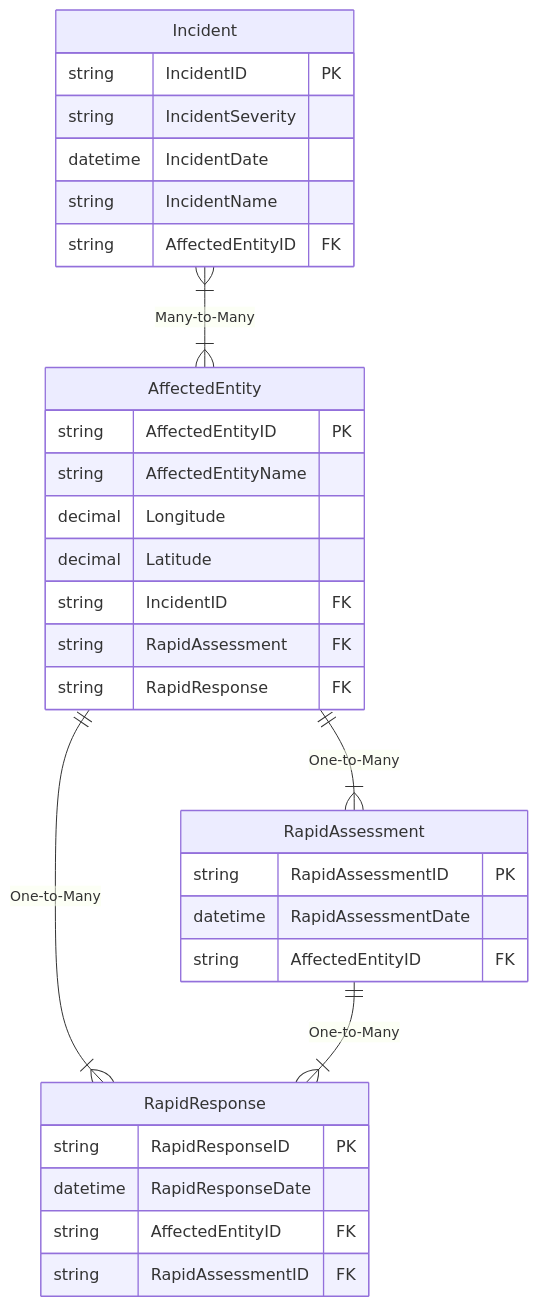
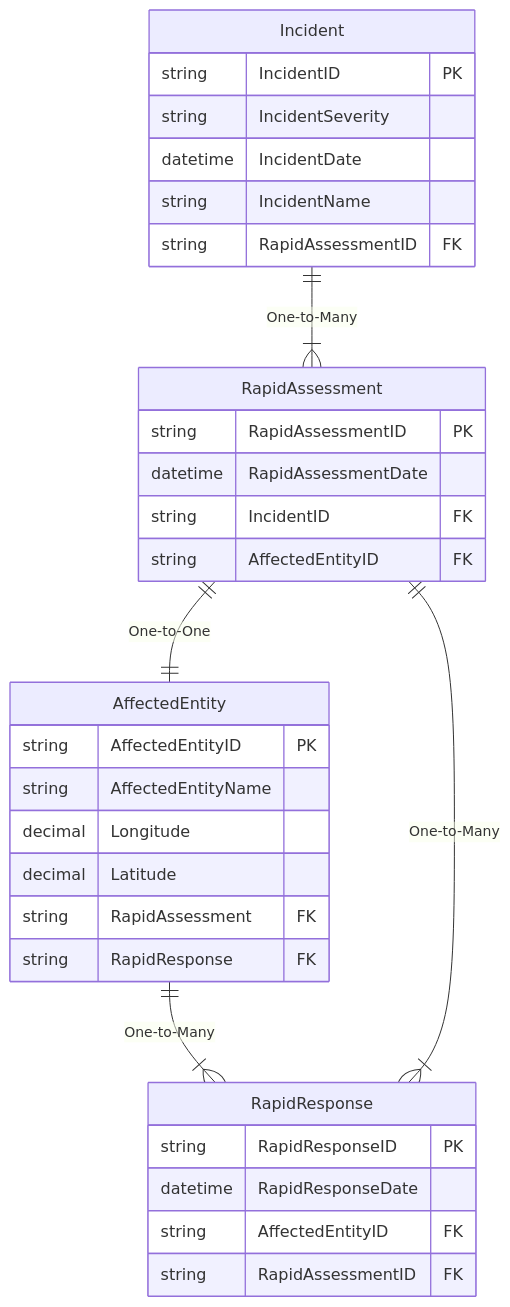
The diagram in DMS Simple Generalised.markdown (bilzee/Disaster-Management-System), drawn with Mermaid before and after one commit.

Commit message:
Changed Incident to AffectedEntity relationship (Many to Many) >> Incident to RapidAssessment (One to Many)

````diff
--- a/DMS Simple Generalised.markdown
+++ b/DMS Simple Generalised.markdown
@@ -1,40 +1,38 @@
 ```mermaid
 erDiagram
     Incident {
         string IncidentID "PK"
         string IncidentSeverity
         datetime IncidentDate
         string IncidentName
+        string RapidAssessmentID "FK"
+    }
+
+    RapidAssessment {
+        string RapidAssessmentID "PK"
+        datetime RapidAssessmentDate
+        string IncidentID "FK"
         string AffectedEntityID "FK"
     }
 
     AffectedEntity {
         string AffectedEntityID "PK"
         string AffectedEntityName
         decimal Longitude
         decimal Latitude
-        string IncidentID "FK"
         string RapidAssessment "FK"
         string RapidResponse "FK"
-    }
-
-    RapidAssessment {
-        string RapidAssessmentID "PK"
-        datetime RapidAssessmentDate
-        string AffectedEntityID "FK"
     }
 
     RapidResponse {
         string RapidResponseID "PK"
         datetime RapidResponseDate
         string AffectedEntityID "FK"
         string RapidAssessmentID "FK"
     }
 
-
-    Incident }|--|{ AffectedEntity : "Many-to-Many"
-    AffectedEntity ||--|{ RapidAssessment : "One-to-Many"
+    Incident ||--|{ RapidAssessment : "One-to-Many"
+    RapidAssessment ||--|| AffectedEntity : "One-to-One"
     AffectedEntity ||--|{ RapidResponse : "One-to-Many"
     RapidAssessment ||--|{ RapidResponse : "One-to-Many"
-
 ```
````
